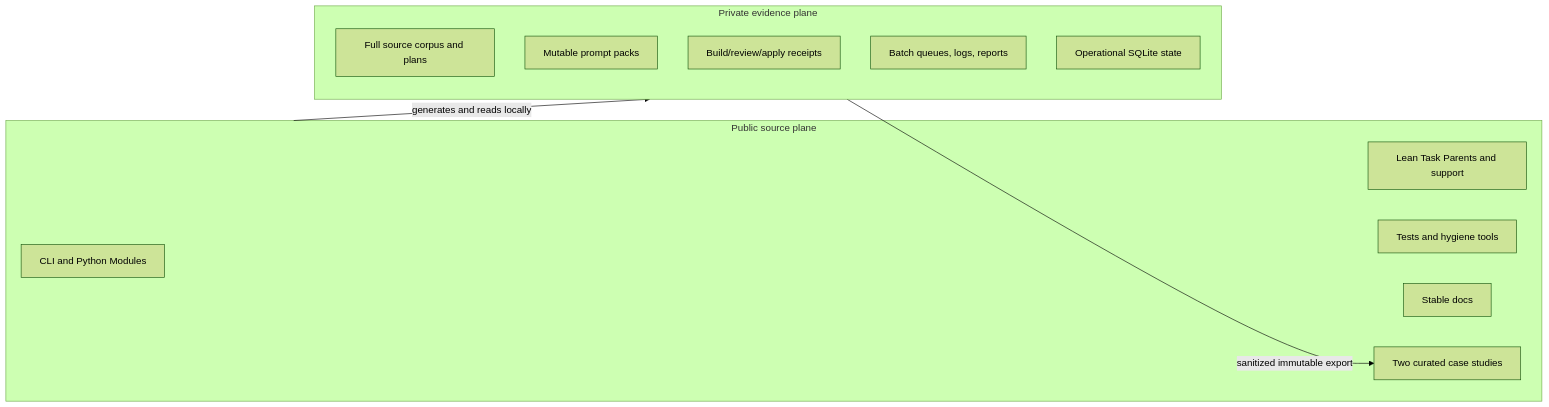
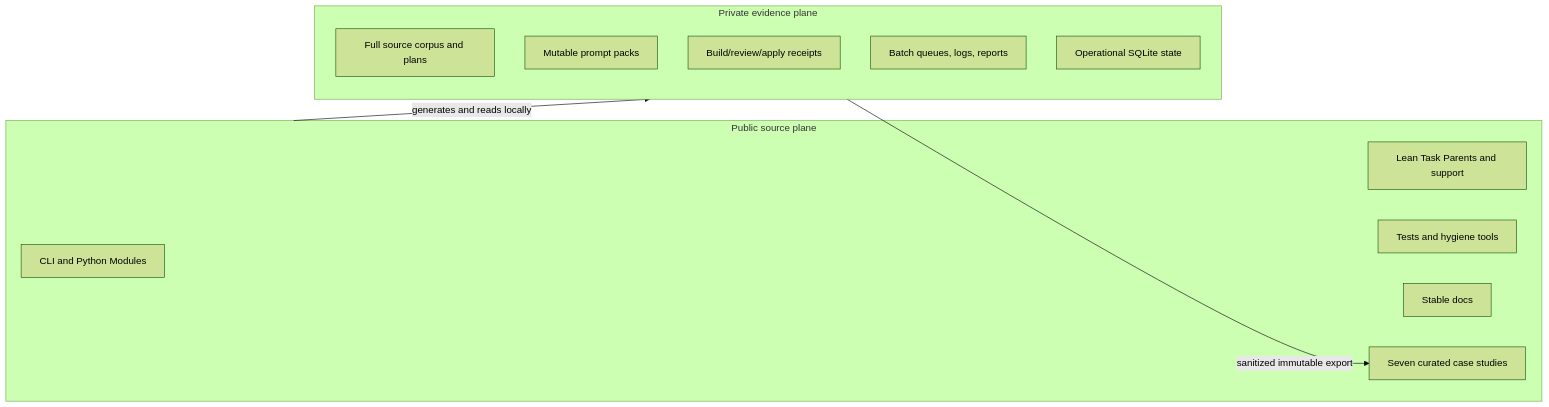
One commit to Kind-NK-Hill/toy-apollo changed the second of 2 diagrams in docs/architecture.md. Above: the diagram before and after it, drawn with Mermaid (forest theme). The commit also changed 32 other files, not shown here.

````diff
--- a/docs/architecture.md
+++ b/docs/architecture.md
@@ -55,21 +55,21 @@
 ```mermaid
 flowchart LR
   subgraph SOURCE[Public source plane]
     CLI[CLI and Python Modules]
     LEAN[Lean Task Parents and support]
     TESTS[Tests and hygiene tools]
     DOCS[Stable docs]
-    CASES[Two curated case studies]
+    CASES[Seven curated case studies]
   end
 
   subgraph EVIDENCE[Private evidence plane]
     CORPUS[Full source corpus and plans]
     PACKS[Mutable prompt packs]
     RECEIPTS[Build/review/apply receipts]
     BATCH[Batch queues, logs, reports]
     STATE[Operational SQLite state]
   end
 
   SOURCE -->|generates and reads locally| EVIDENCE
   EVIDENCE -->|sanitized immutable export| CASES
 ```
````
